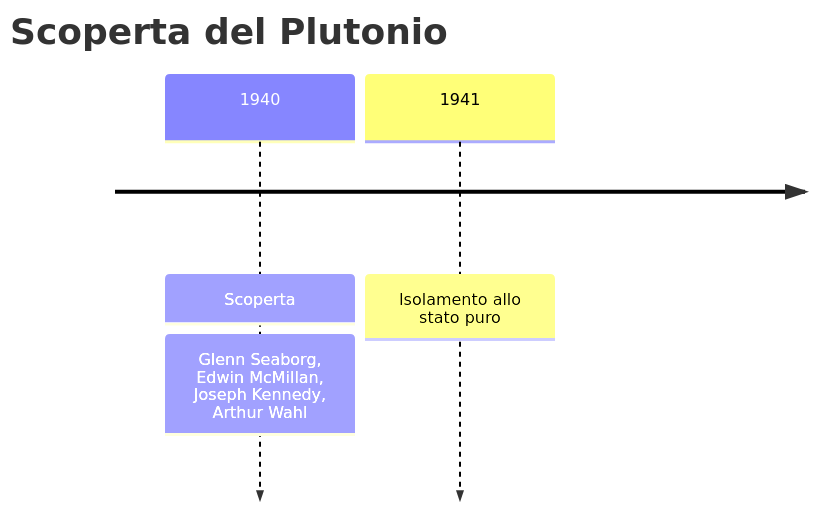
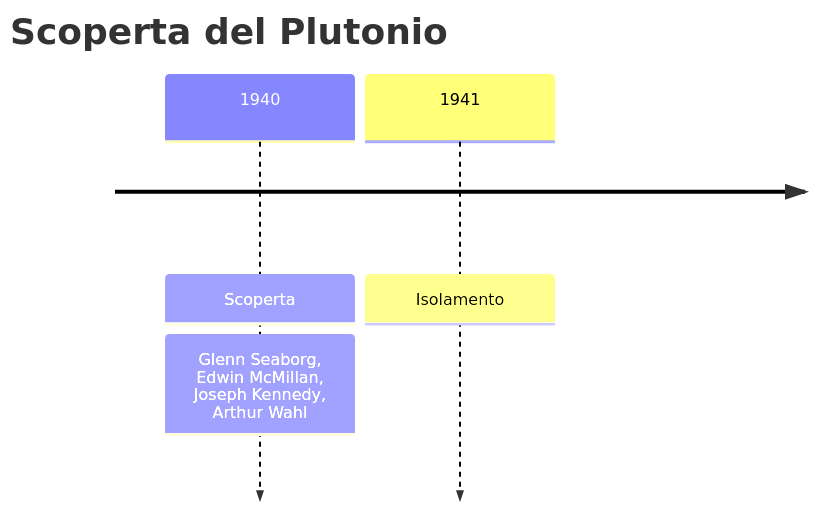
One commit to gianlucaciarcelluti/elements-caos changed the first of 3 diagrams in vault/Elementi/Plutonio.md. Above: the diagram before and after it, drawn with Mermaid. The commit also changed 56 other files, not shown here.

````diff
--- a/vault/Elementi/Plutonio.md
+++ b/vault/Elementi/Plutonio.md
@@ -28,6 +28,6 @@
 ```mermaid
 timeline
     title Scoperta del Plutonio
     1940 : Scoperta : Glenn Seaborg, Edwin McMillan, Joseph Kennedy, Arthur Wahl
-    1941 : Isolamento allo stato puro
+    1941 : Isolamento
 ```
````
